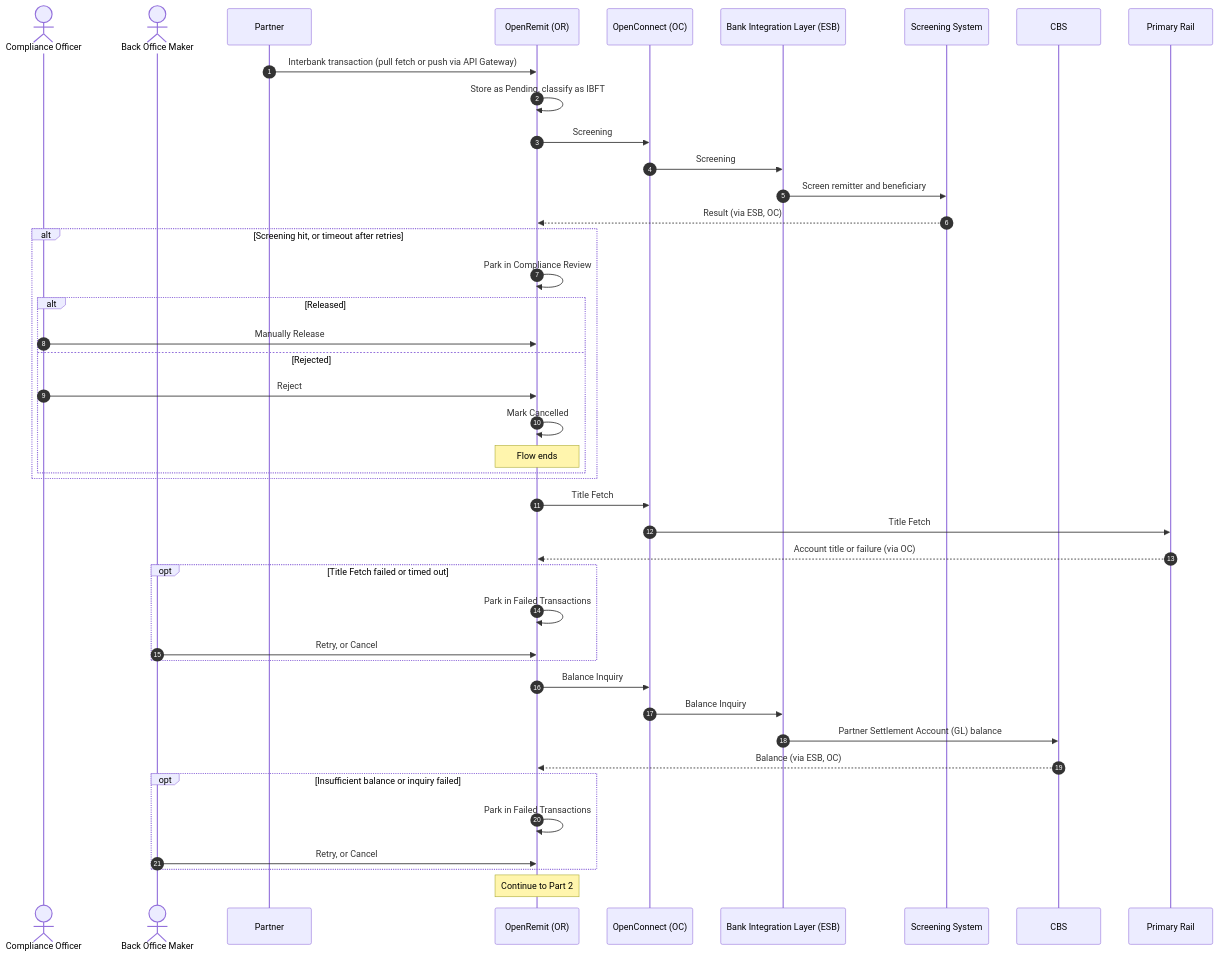
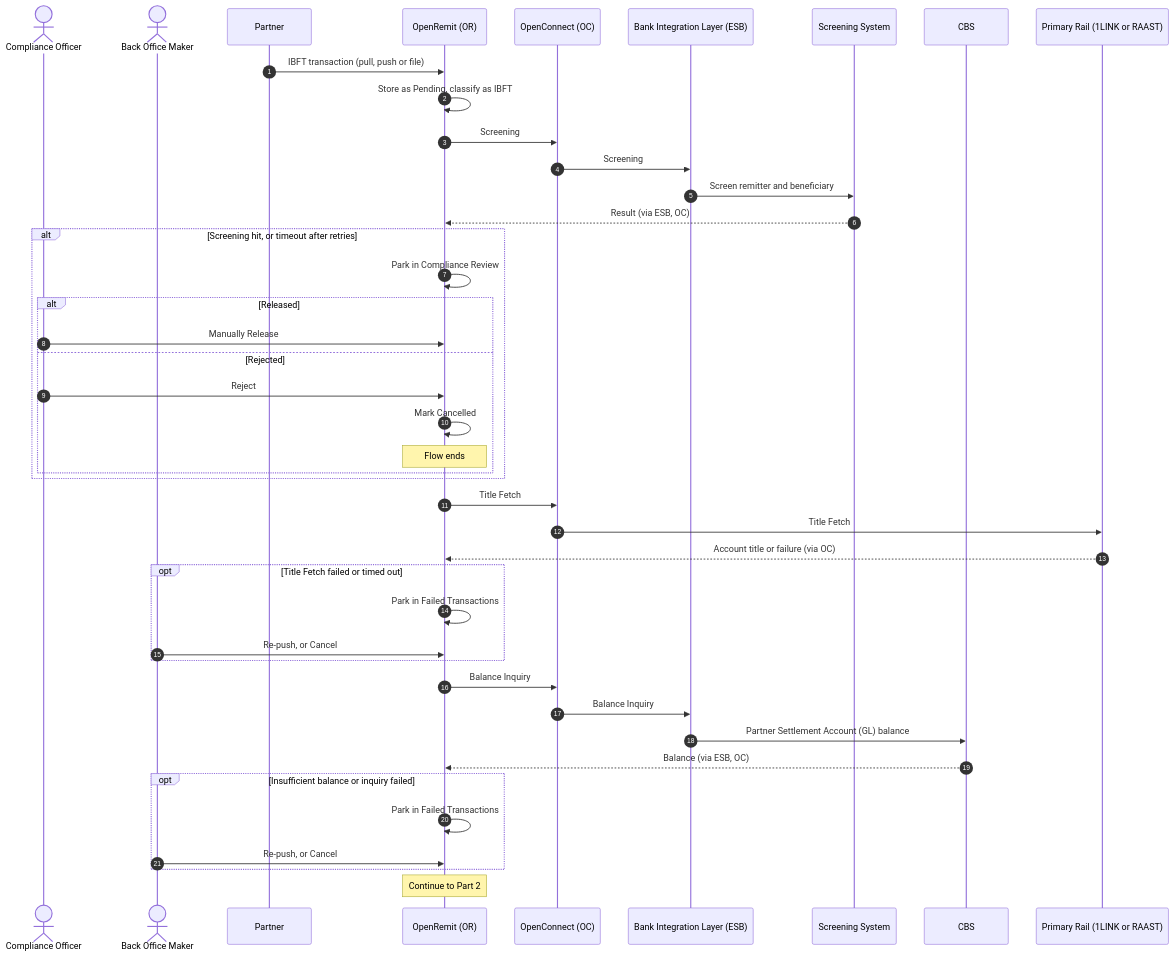
Before and after one commit to paysyslab/OpenRemit: the first of 2 diagrams in docs/features/financial/ibft-rail-fallback.md, drawn with Mermaid. The commit also changed other lines of this file and 37 other files, not shown here.

````diff
--- a/docs/features/financial/ibft-rail-fallback.md
+++ b/docs/features/financial/ibft-rail-fallback.md
@@ -79,48 +93,48 @@
 ```mermaid
 sequenceDiagram
     autonumber
     actor CO as Compliance Officer
     actor BOM as Back Office Maker
     participant P as Partner
     participant OR as OpenRemit (OR)
     participant OC as OpenConnect (OC)
     participant ESB as Bank Integration Layer (ESB)
     participant SS as Screening System
     participant CBS
-    participant PR as Primary Rail
+    participant PR as Primary Rail (1LINK or RAAST)
 
-    P->>OR: Interbank transaction (pull fetch or push via API Gateway)
+    P->>OR: IBFT transaction (pull, push or file)
     OR->>OR: Store as Pending, classify as IBFT
     OR->>OC: Screening
     OC->>ESB: Screening
     ESB->>SS: Screen remitter and beneficiary
     SS-->>OR: Result (via ESB, OC)
     alt Screening hit, or timeout after retries
         OR->>OR: Park in Compliance Review
         alt Released
             CO->>OR: Manually Release
         else Rejected
             CO->>OR: Reject
             OR->>OR: Mark Cancelled
             Note over OR: Flow ends
         end
     end
 
     OR->>OC: Title Fetch
     OC->>PR: Title Fetch
     PR-->>OR: Account title or failure (via OC)
     opt Title Fetch failed or timed out
         OR->>OR: Park in Failed Transactions
-        BOM->>OR: Retry, or Cancel
+        BOM->>OR: Re-push, or Cancel
     end
 
     OR->>OC: Balance Inquiry
     OC->>ESB: Balance Inquiry
     ESB->>CBS: Partner Settlement Account (GL) balance
     CBS-->>OR: Balance (via ESB, OC)
     opt Insufficient balance or inquiry failed
         OR->>OR: Park in Failed Transactions
-        BOM->>OR: Retry, or Cancel
+        BOM->>OR: Re-push, or Cancel
     end
     Note over OR: Continue to Part 2
 ```
````
